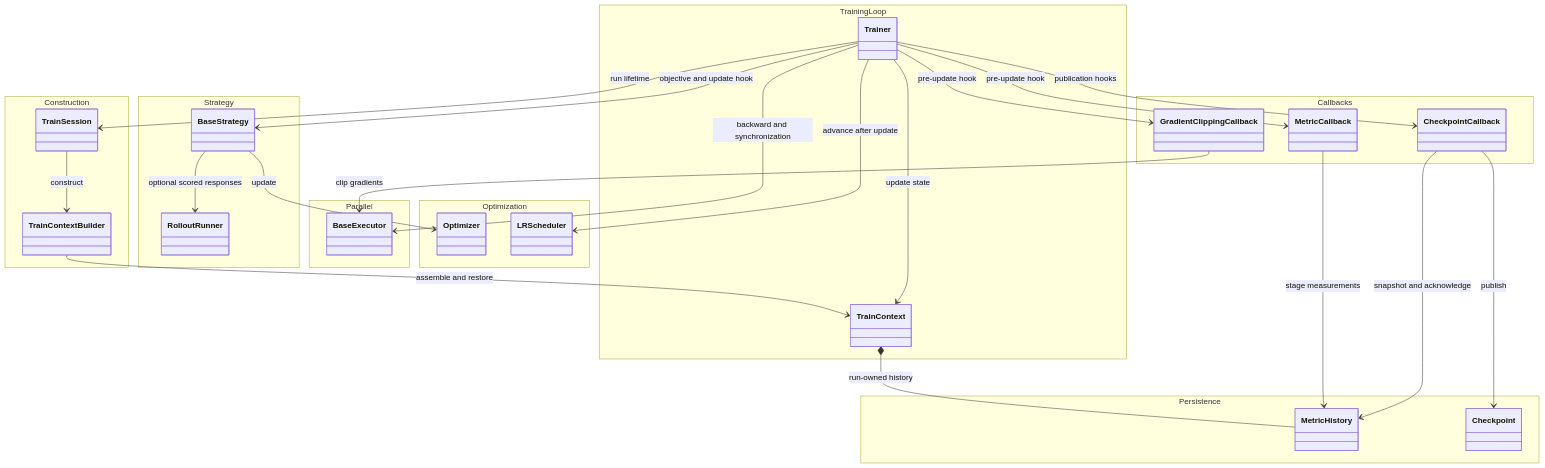
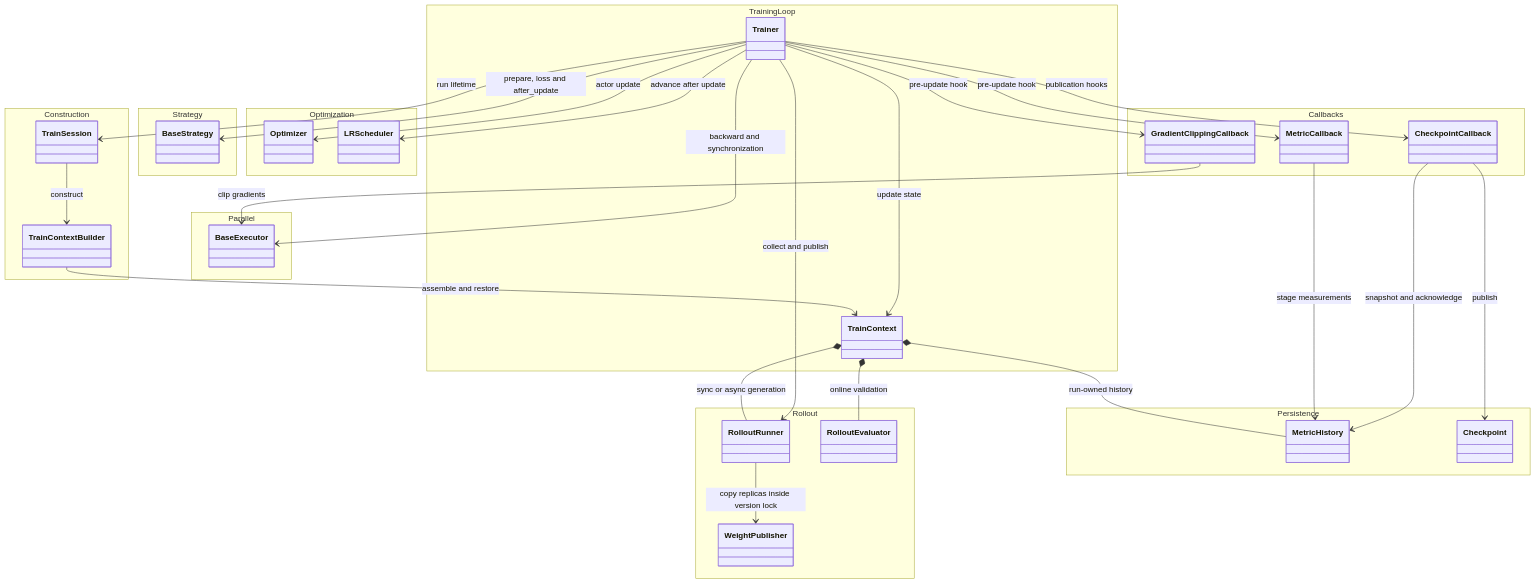
The second of 5 diagrams in docs/developer/architecture.md (ViperEkura/AstrAI), drawn with Mermaid before and after one commit. The commit also changed other lines of this file and 32 other files, not shown here.

````diff
--- a/docs/developer/architecture.md
+++ b/docs/developer/architecture.md
@@ -53,50 +53,57 @@
 ```mermaid
 classDiagram
     direction TB
     namespace Construction {
         class TrainSession
         class TrainContextBuilder
     }
     namespace TrainingLoop {
         class Trainer
         class TrainContext
     }
     namespace Strategy {
         class BaseStrategy
+    }
+    namespace Rollout {
         class RolloutRunner
+        class RolloutEvaluator
+        class WeightPublisher
     }
     namespace Parallel {
         class BaseExecutor
     }
     namespace Optimization {
         class Optimizer
         class LRScheduler
     }
     namespace Callbacks {
         class MetricCallback
         class CheckpointCallback
         class GradientClippingCallback
     }
     namespace Persistence {
         class MetricHistory
         class Checkpoint
     }
 
     Trainer --> TrainSession : run lifetime
     TrainSession --> TrainContextBuilder : construct
     TrainContextBuilder --> TrainContext : assemble and restore
     Trainer --> TrainContext : update state
-    Trainer --> BaseStrategy : objective and update hook
+    Trainer --> BaseStrategy : prepare, loss and after_update
     Trainer --> BaseExecutor : backward and synchronization
-    BaseStrategy --> RolloutRunner : optional scored responses
-    BaseStrategy --> Optimizer : update
+    TrainContext *-- RolloutRunner : sync or async generation
+    TrainContext *-- RolloutEvaluator : online validation
+    Trainer --> RolloutRunner : collect and publish
+    RolloutRunner --> WeightPublisher : copy replicas inside version lock
+    Trainer --> Optimizer : actor update
     Trainer --> LRScheduler : advance after update
     Trainer --> MetricCallback : pre-update hook
     Trainer --> GradientClippingCallback : pre-update hook
     Trainer --> CheckpointCallback : publication hooks
     GradientClippingCallback --> BaseExecutor : clip gradients
     TrainContext *-- MetricHistory : run-owned history
     MetricCallback --> MetricHistory : stage measurements
     CheckpointCallback --> MetricHistory : snapshot and acknowledge
     CheckpointCallback --> Checkpoint : publish
 ```
````
